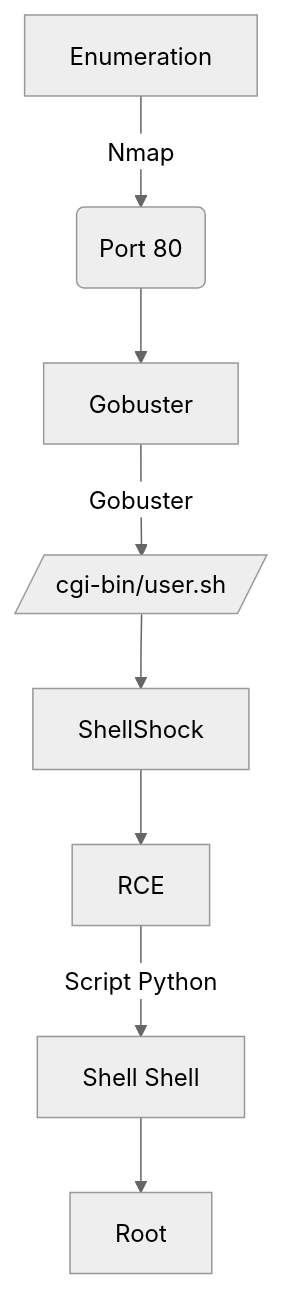
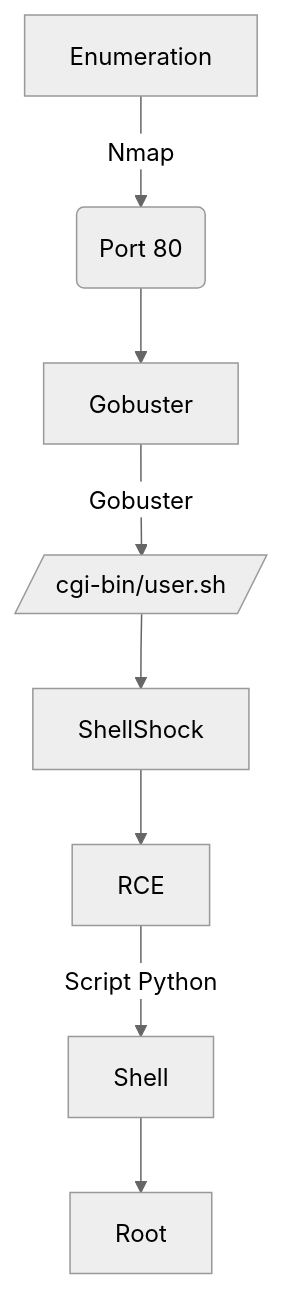
Before and after one commit to 0xEtern4lW0lf/0xEtern4lW0lf.github.io: the diagram in _posts/2022-12-18-HTB-Shocker.md, drawn with Mermaid (neutral theme).

````diff
--- a/_posts/2022-12-18-HTB-Shocker.md
+++ b/_posts/2022-12-18-HTB-Shocker.md
@@ -27,9 +27,9 @@
 ```mermaid
 graph TD
     A[Enumeration] -->|Nmap| B(Port 80)
     B --> C[Gobuster]
     C --> |Gobuster| D[/cgi-bin/user.sh/]
     D --> ShellShock --> E[RCE]
-    E --> |Script Python| F[Shell Shell]
+    E --> |Script Python| F[Shell]
     F --> G[Root]
 ```
````
